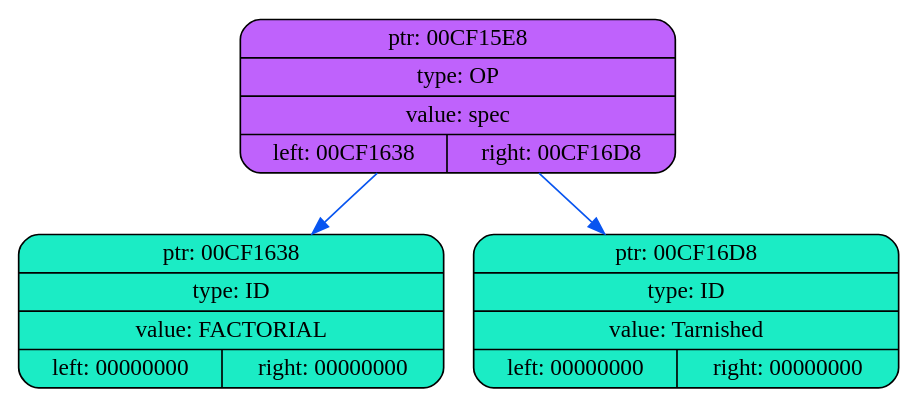
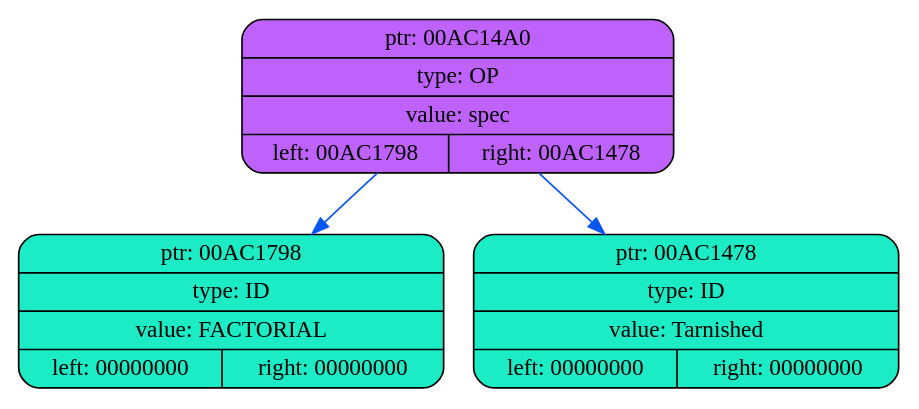
Before and after one commit to coffee8cat/Elden-language: the diagram in dump/dump2.dot, drawn with Graphviz. The commit also changed 20 other files, not shown here.

```diff
--- a/dump/dump2.dot
+++ b/dump/dump2.dot
@@ -1,10 +1,10 @@
 digraph
 {
     rankdir=TP
 
-        node00CF15E8[shape=record,style="rounded,filled",fillcolor="#BF62FC",label="{ ptr: 00CF15E8 | type: OP | value: spec| { left: 00CF1638 | right: 00CF16D8 }}"];
-    node00CF15E8 -> node00CF1638[color="#0855F0"]
-    node00CF1638[shape=record,style="rounded,filled",fillcolor="#1BECC5",label="{ ptr: 00CF1638 | type: ID | value: FACTORIAL| { left: 00000000 | right: 00000000 }}"];
-    node00CF15E8 -> node00CF16D8[color="#0855F0"]
-    node00CF16D8[shape=record,style="rounded,filled",fillcolor="#1BECC5",label="{ ptr: 00CF16D8 | type: ID | value: Tarnished| { left: 00000000 | right: 00000000 }}"];
+        node00AC14A0[shape=record,style="rounded,filled",fillcolor="#BF62FC",label="{ ptr: 00AC14A0 | type: OP | value: spec| { left: 00AC1798 | right: 00AC1478 }}"];
+    node00AC14A0 -> node00AC1798[color="#0855F0"]
+    node00AC1798[shape=record,style="rounded,filled",fillcolor="#1BECC5",label="{ ptr: 00AC1798 | type: ID | value: FACTORIAL| { left: 00000000 | right: 00000000 }}"];
+    node00AC14A0 -> node00AC1478[color="#0855F0"]
+    node00AC1478[shape=record,style="rounded,filled",fillcolor="#1BECC5",label="{ ptr: 00AC1478 | type: ID | value: Tarnished| { left: 00000000 | right: 00000000 }}"];
 }
```
